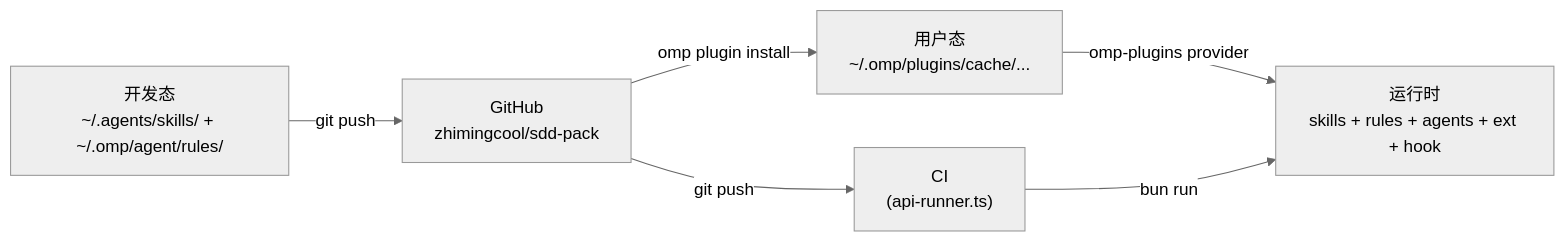
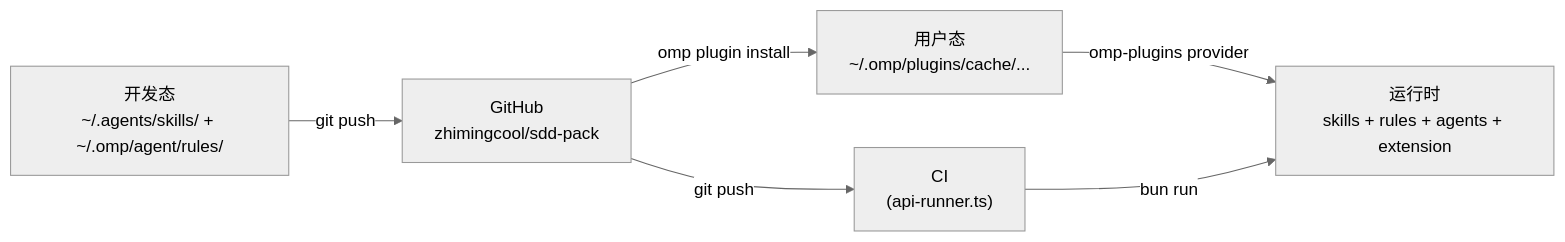
One commit to Norman-pong/sdd-pack changed the second of 2 diagrams in docs/architecture/overview.md. Above: the diagram before and after it, drawn with Mermaid (neutral theme). The commit also changed other lines of this file and 25 other files, not shown here.

````diff
--- a/docs/architecture/overview.md
+++ b/docs/architecture/overview.md
@@ -153,8 +169,8 @@
 ```mermaid
 graph LR
     Dev["开发态<br/>~/.agents/skills/ + ~/.omp/agent/rules/"] -->|git push| Repo["GitHub<br/>zhimingcool/sdd-pack"]
     Repo -->|omp plugin install| Cache["用户态<br/>~/.omp/plugins/cache/..."]
-    Cache -->|omp-plugins provider| Runtime["运行时<br/>skills + rules + agents + ext + hook"]
+    Cache -->|omp-plugins provider| Runtime["运行时<br/>skills + rules + agents + extension"]
     Repo -->|git push| CI["CI<br/>(api-runner.ts)"]
     CI -->|bun run| Runtime
 ```
````
